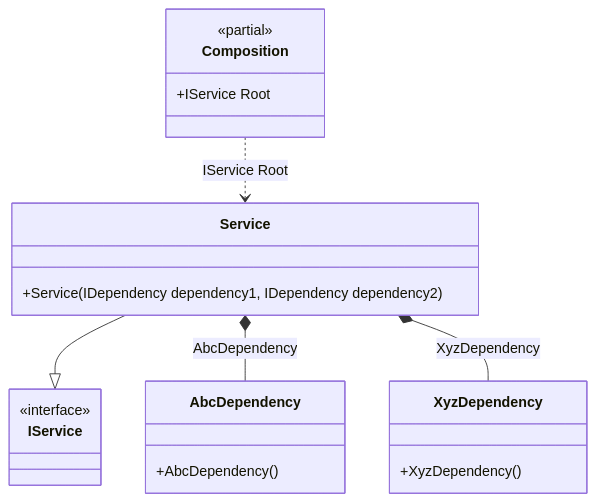
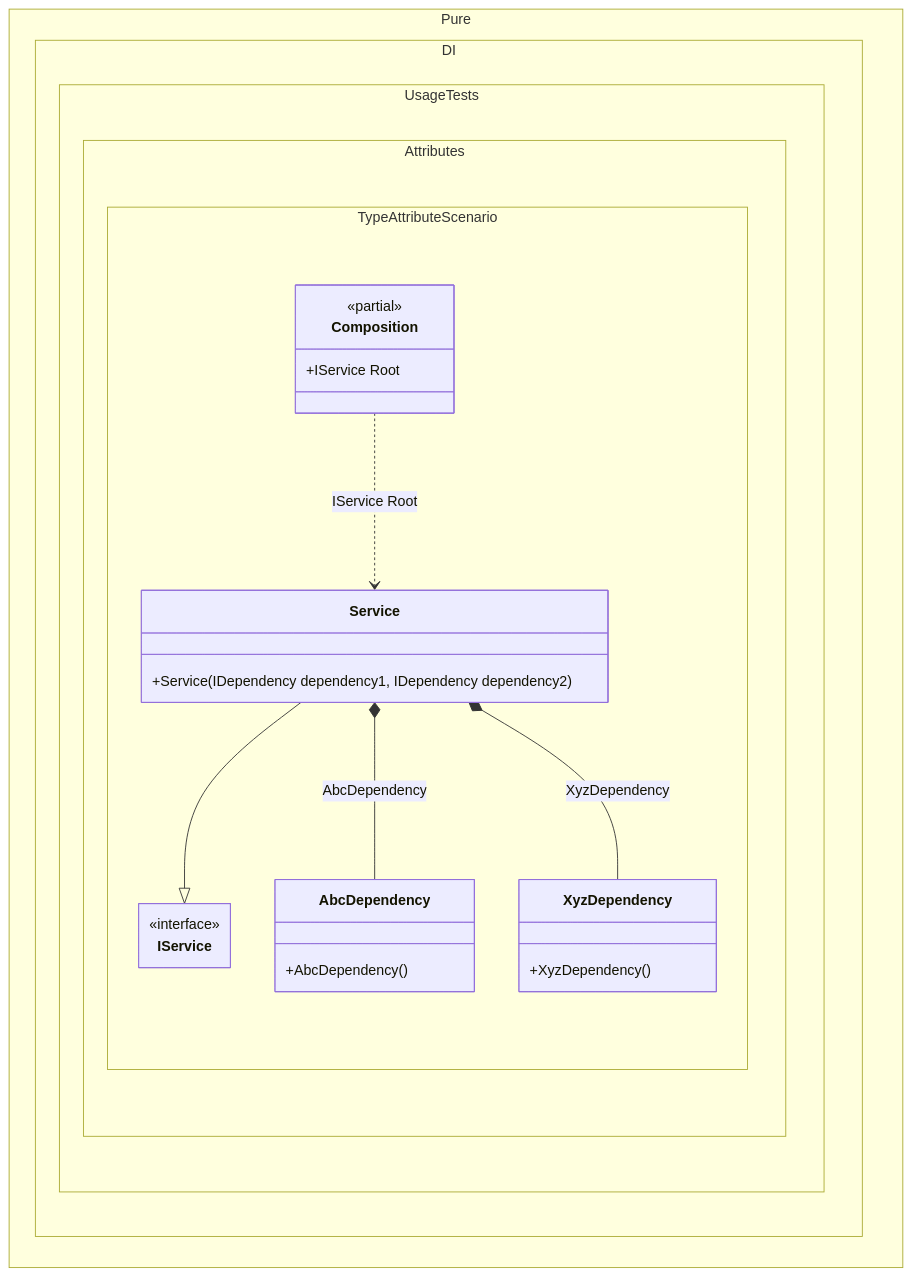
Before and after one commit to DevTeam/Pure.DI: the diagram in readme/type-attribute.md, drawn with Mermaid. The commit also changed 103 other files, not shown here.

Commit message:
Improved class diagrams

````diff
--- a/readme/type-attribute.md
+++ b/readme/type-attribute.md
@@ -77,23 +77,30 @@
 ```mermaid
+---
+ config:
+  class:
+   hideEmptyMembersBox: true
+---
 classDiagram
-	class Composition {
-		<<partial>>
-		+IService Root
-	}
 	Service --|> IService
-	class Service {
-		+Service(IDependency dependency1, IDependency dependency2)
-	}
-	class AbcDependency {
-		+AbcDependency()
-	}
-	class XyzDependency {
-		+XyzDependency()
-	}
-	class IService {
-		<<interface>>
-	}
 	Composition ..> Service : IService Root
 	Service *--  AbcDependency : AbcDependency
 	Service *--  XyzDependency : XyzDependency
+	namespace Pure.DI.UsageTests.Attributes.TypeAttributeScenario {
+		class AbcDependency {
+			+AbcDependency()
+		}
+		class Composition {
+		<<partial>>
+		+IService Root
+		}
+		class IService {
+			<<interface>>
+		}
+		class Service {
+			+Service(IDependency dependency1, IDependency dependency2)
+		}
+		class XyzDependency {
+			+XyzDependency()
+		}
+	}
 ```
````
